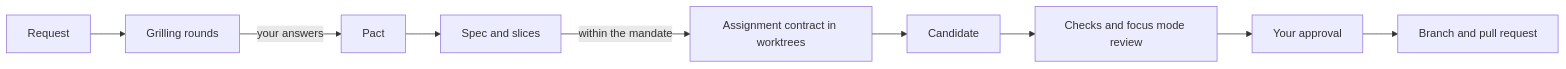
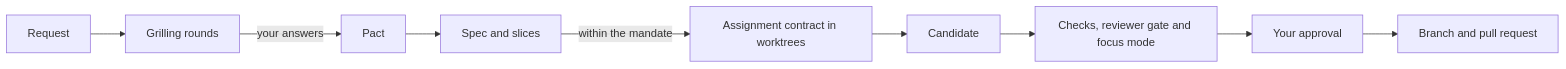
One commit to emanueledenaro/trama changed the diagram in README.md. Above: the diagram before and after it, drawn with Mermaid. The commit also changed other lines of this file and 1 other file, not shown here.

First line of the commit message:
docs: record the candidate gate in the README and its verification log

````diff
--- a/README.md
+++ b/README.md
@@ -99,11 +100,11 @@
 ```mermaid
 flowchart LR
     R[Request] --> G[Grilling rounds]
     G -->|your answers| P[Pact]
     P --> PL[Spec and slices]
     PL -->|within the mandate| A[Assignment contract in worktrees]
     A --> C[Candidate]
-    C --> V[Checks and focus mode review]
+    C --> V[Checks, reviewer gate and focus mode]
     V --> AP[Your approval]
     AP --> PR[Branch and pull request]
 ```
````
